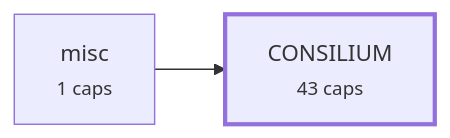
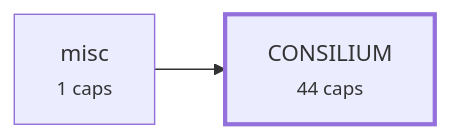
Before and after one commit to alxmax/Consilium_Demo: the third of 4 diagrams in requirements/_map.md, drawn with Mermaid. The commit also changed other lines of this file and 19 other files, not shown here.

````diff
--- a/requirements/_map.md
+++ b/requirements/_map.md
@@ -302,7 +318,7 @@
 ```mermaid
 graph LR
-  a_CONSILIUM["CONSILIUM<br><small>43 caps</small>"]
+  a_CONSILIUM["CONSILIUM<br><small>44 caps</small>"]
   a_misc["misc<br><small>1 caps</small>"]
   a_misc --> a_CONSILIUM
   style a_CONSILIUM stroke-width:3px
 ```
````
